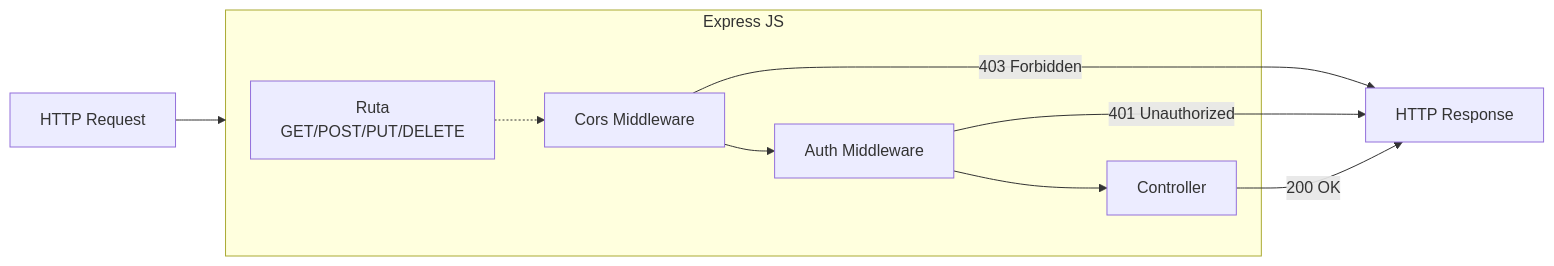
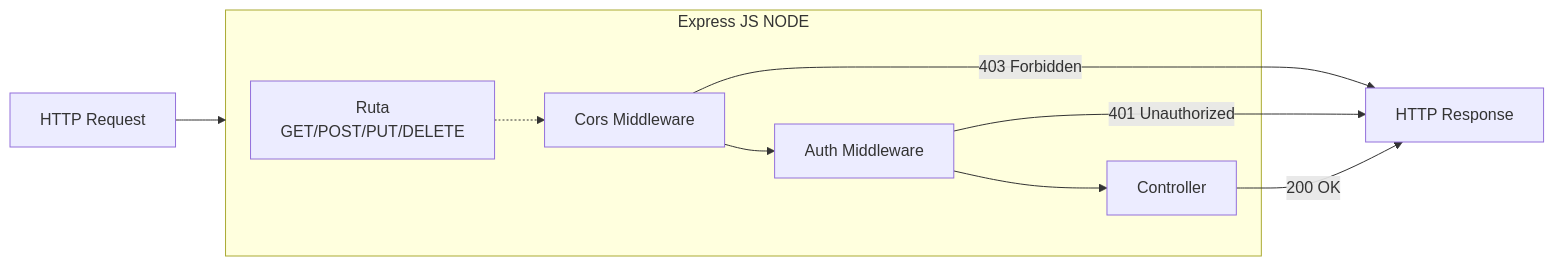
One commit to GuiasTesisMERN/guias changed the first of 2 diagrams in Guia5/README.md. Above: the diagram before and after it, drawn with Mermaid. The commit also changed other lines of this file and 3 other files, not shown here.

````diff
--- a/Guia5/README.md
+++ b/Guia5/README.md
@@ -7,12 +9,12 @@
 ```mermaid
 flowchart LR
     http_req[HTTP Request] --> express
-    subgraph express[Express JS]
+    subgraph express[Express JS NODE]
         ruta[Ruta \n GET/POST/PUT/DELETE]-.->cors[Cors Middleware]
         cors-->auth[Auth Middleware]
         auth-->main[Controller]
     end
     cors--403 Forbidden-->http_res[HTTP Response]
     auth--401 Unauthorized-->http_res
     main--200 OK-->http_res
 ```
````
